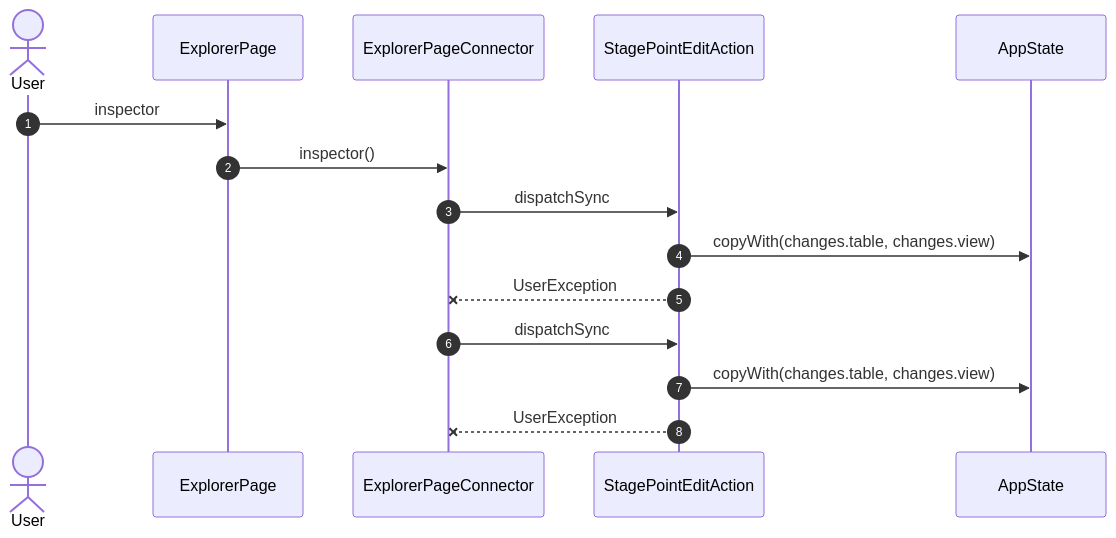
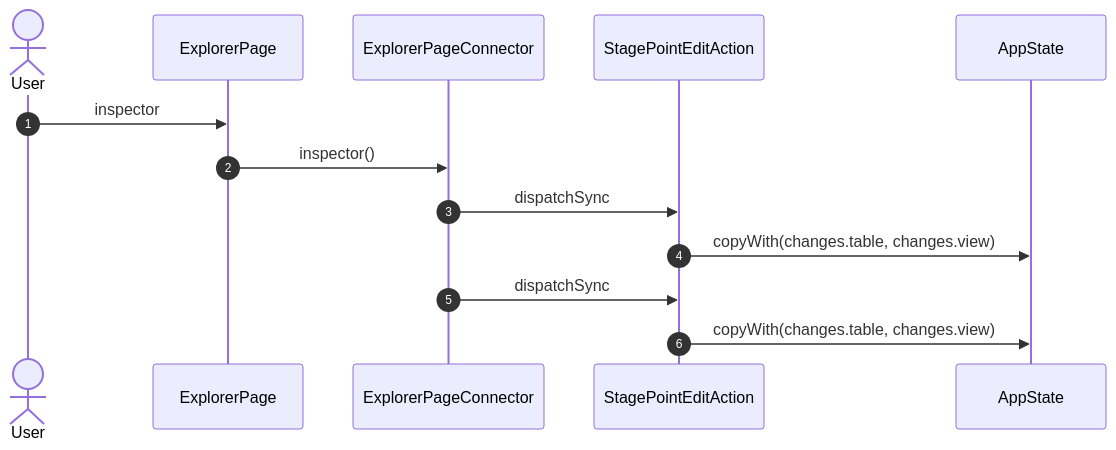
Before and after one commit to gencto/wyrm: the second of 28 diagrams in studio/docs/flows/explorer.md, drawn with Mermaid. The commit also changed other lines of this file and 192 other files, not shown here.

````diff
--- a/studio/docs/flows/explorer.md
+++ b/studio/docs/flows/explorer.md
@@ -27,18 +26,16 @@
 ```mermaid
 sequenceDiagram
     autonumber
     actor User
     participant UI as ExplorerPage
     participant VM as ExplorerPageConnector
     participant A1 as StagePointEditAction
     participant ST as AppState
 
     User->>UI: inspector
     UI->>VM: inspector()
     VM->>A1: dispatchSync
     A1->>ST: copyWith(changes.table, changes.view)
-    A1--xVM: UserException
     VM->>A1: dispatchSync
     A1->>ST: copyWith(changes.table, changes.view)
-    A1--xVM: UserException
 ```
````
